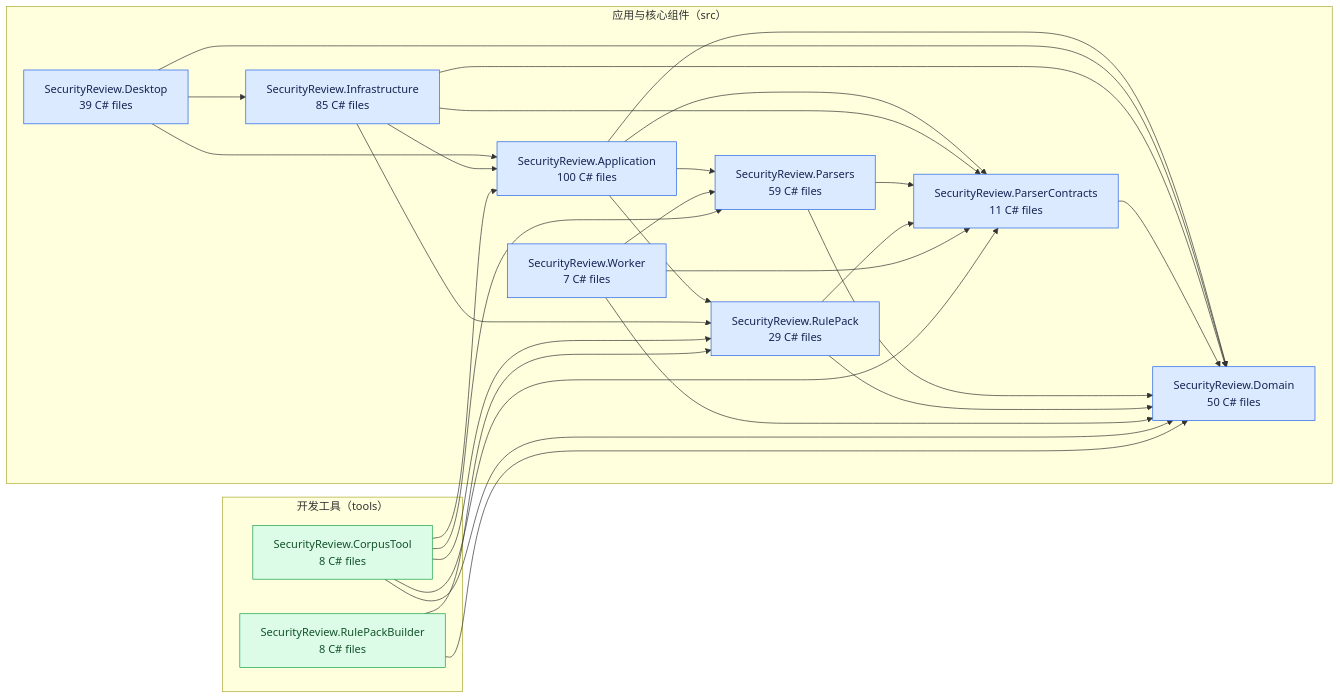
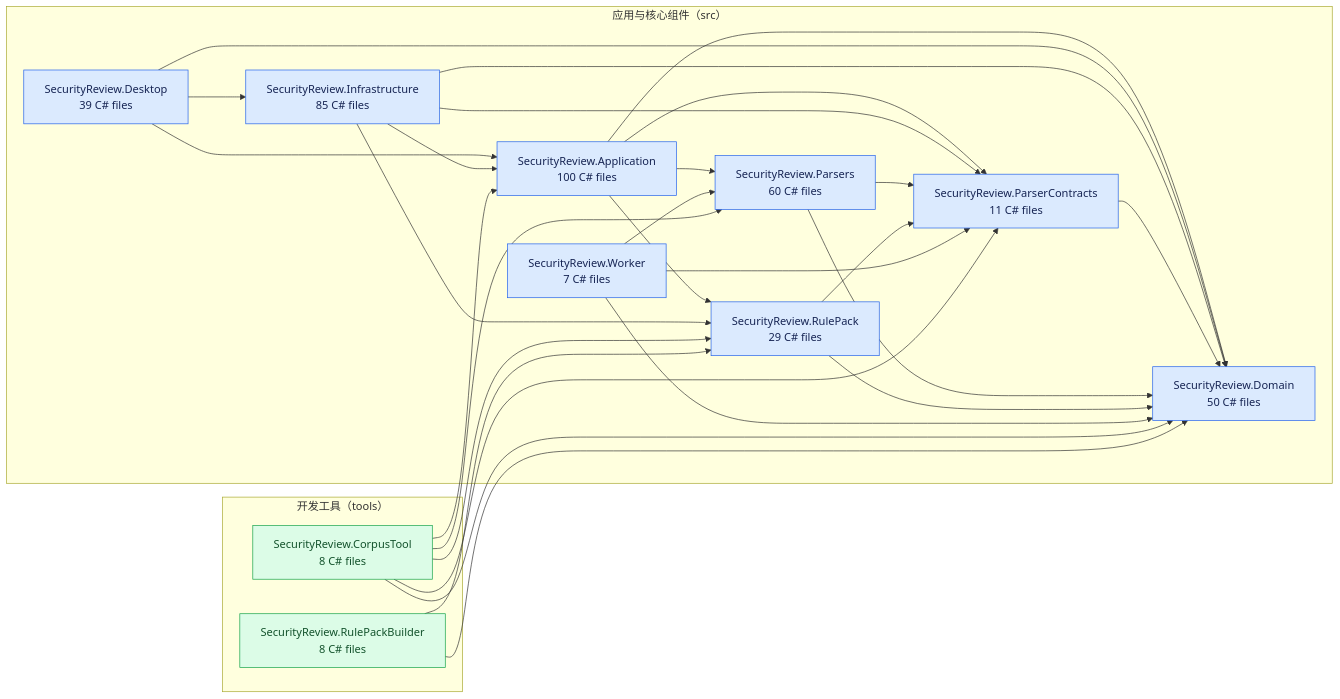
The diagram in docs/architecture/code-graph.md (yusiyi0429/Security-review-tool), drawn with Mermaid before and after one commit. The commit also changed other lines of this file and 2 other files, not shown here.

Commit message:
docs: record large text frame overflow fix and update code graph

````diff
--- a/docs/architecture/code-graph.md
+++ b/docs/architecture/code-graph.md
@@ -9,47 +9,47 @@
 ```mermaid
 flowchart LR
   subgraph source["应用与核心组件（src）"]
     P0["SecurityReview.Application<br/>100 C# files"]
     P1["SecurityReview.Desktop<br/>39 C# files"]
     P2["SecurityReview.Domain<br/>50 C# files"]
     P3["SecurityReview.Infrastructure<br/>85 C# files"]
     P4["SecurityReview.ParserContracts<br/>11 C# files"]
-    P5["SecurityReview.Parsers<br/>59 C# files"]
+    P5["SecurityReview.Parsers<br/>60 C# files"]
     P6["SecurityReview.RulePack<br/>29 C# files"]
     P7["SecurityReview.Worker<br/>7 C# files"]
   end
   subgraph tool["开发工具（tools）"]
     P8["SecurityReview.CorpusTool<br/>8 C# files"]
     P9["SecurityReview.RulePackBuilder<br/>8 C# files"]
   end
   P0 --> P2
   P0 --> P4
   P0 --> P5
   P0 --> P6
   P1 --> P0
   P1 --> P2
   P1 --> P3
   P3 --> P0
   P3 --> P2
   P3 --> P4
   P3 --> P6
   P4 --> P2
   P5 --> P2
   P5 --> P4
   P6 --> P2
   P6 --> P4
   P7 --> P2
   P7 --> P4
   P7 --> P5
   P8 --> P0
   P8 --> P2
   P8 --> P4
   P8 --> P5
   P8 --> P6
   P9 --> P2
   P9 --> P6
   class P0,P1,P2,P3,P4,P5,P6,P7 sourceNode
   class P8,P9 toolNode
   classDef sourceNode fill:#dbeafe,stroke:#2563eb,color:#172554
   classDef toolNode fill:#dcfce7,stroke:#16a34a,color:#14532d
 ```
````
